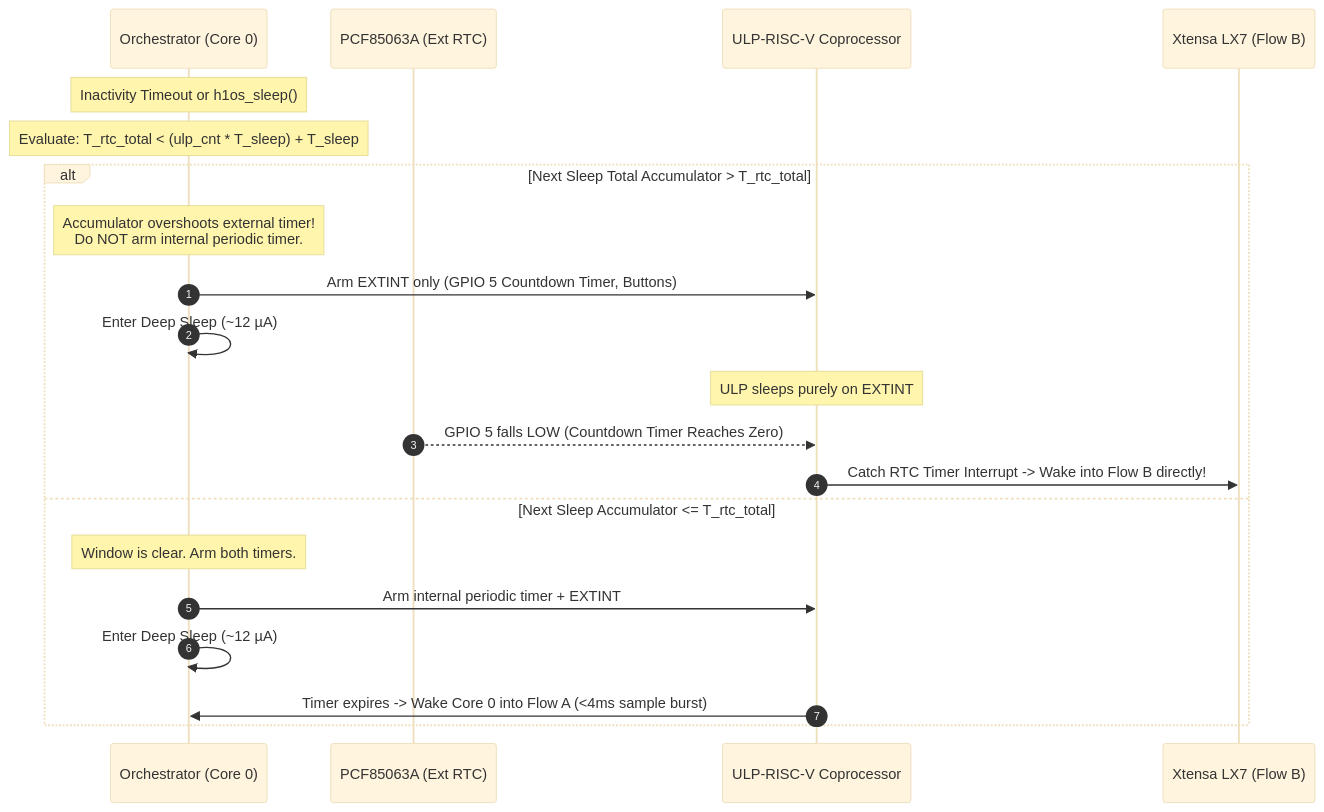
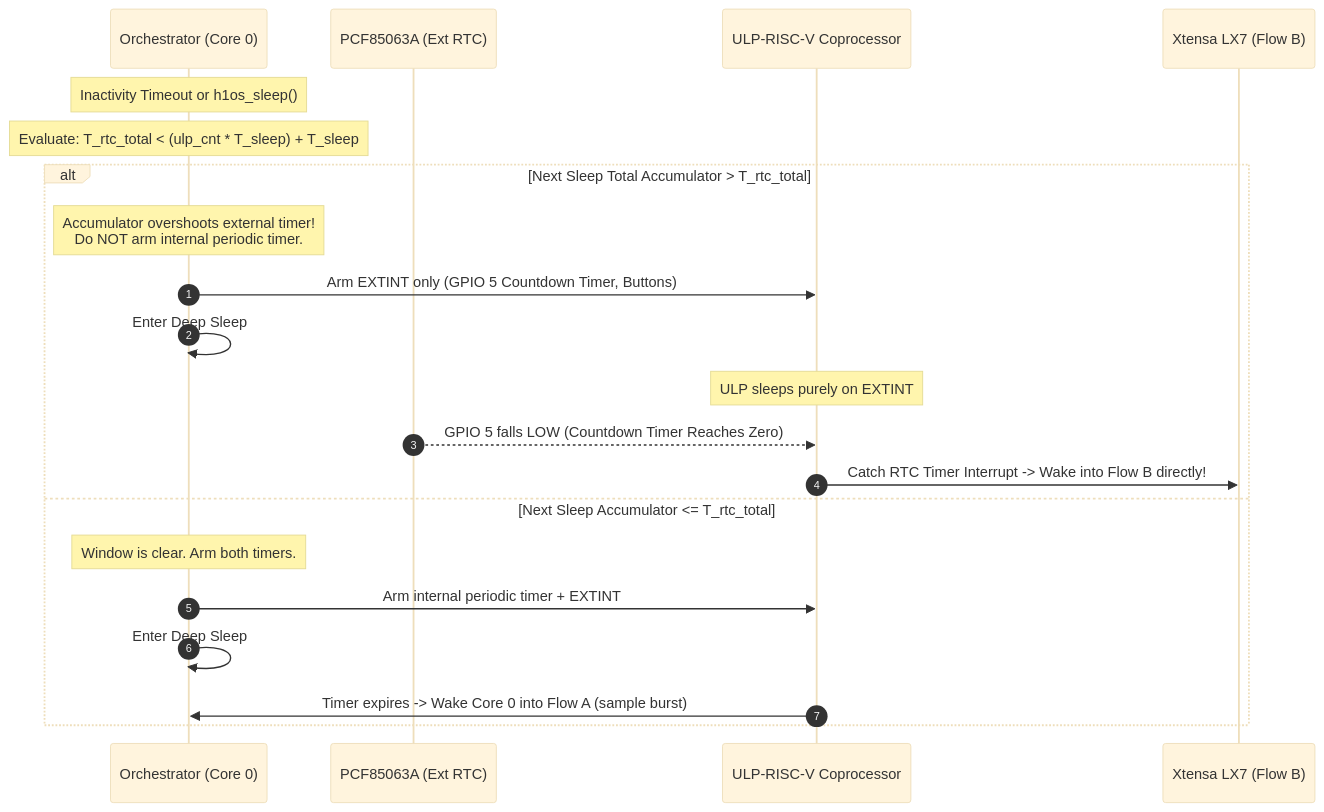
The second of 2 diagrams in docs/architecture/07_state_machine.md (Humidyne-Labs/H1OS), drawn with Mermaid (base theme) before and after one commit. The commit also changed other lines of this file and 26 other files, not shown here.

````diff
--- a/docs/architecture/07_state_machine.md
+++ b/docs/architecture/07_state_machine.md
@@ -93,24 +93,24 @@
 ```mermaid
 sequenceDiagram
     autonumber
     participant App as Orchestrator (Core 0)
     participant RTC as PCF85063A (Ext RTC)
     participant ULP as ULP-RISC-V Coprocessor
     participant Xtensa as Xtensa LX7 (Flow B)
 
     Note over App: Inactivity Timeout or h1os_sleep()
     Note over App: Evaluate: T_rtc_total < (ulp_cnt * T_sleep) + T_sleep
     alt Next Sleep Total Accumulator > T_rtc_total
         Note over App: Accumulator overshoots external timer!<br/>Do NOT arm internal periodic timer.
         App->>ULP: Arm EXTINT only (GPIO 5 Countdown Timer, Buttons)
-        App->>App: Enter Deep Sleep (~12 µA)
+        App->>App: Enter Deep Sleep
         Note over ULP: ULP sleeps purely on EXTINT
         RTC-->>ULP: GPIO 5 falls LOW (Countdown Timer Reaches Zero)
         ULP->>Xtensa: Catch RTC Timer Interrupt -> Wake into Flow B directly!
     else Next Sleep Accumulator <= T_rtc_total
         Note over App: Window is clear. Arm both timers.
         App->>ULP: Arm internal periodic timer + EXTINT
-        App->>App: Enter Deep Sleep (~12 µA)
-        ULP->>App: Timer expires -> Wake Core 0 into Flow A (<4ms sample burst)
+        App->>App: Enter Deep Sleep
+        ULP->>App: Timer expires -> Wake Core 0 into Flow A (sample burst)
     end
 ```
````
